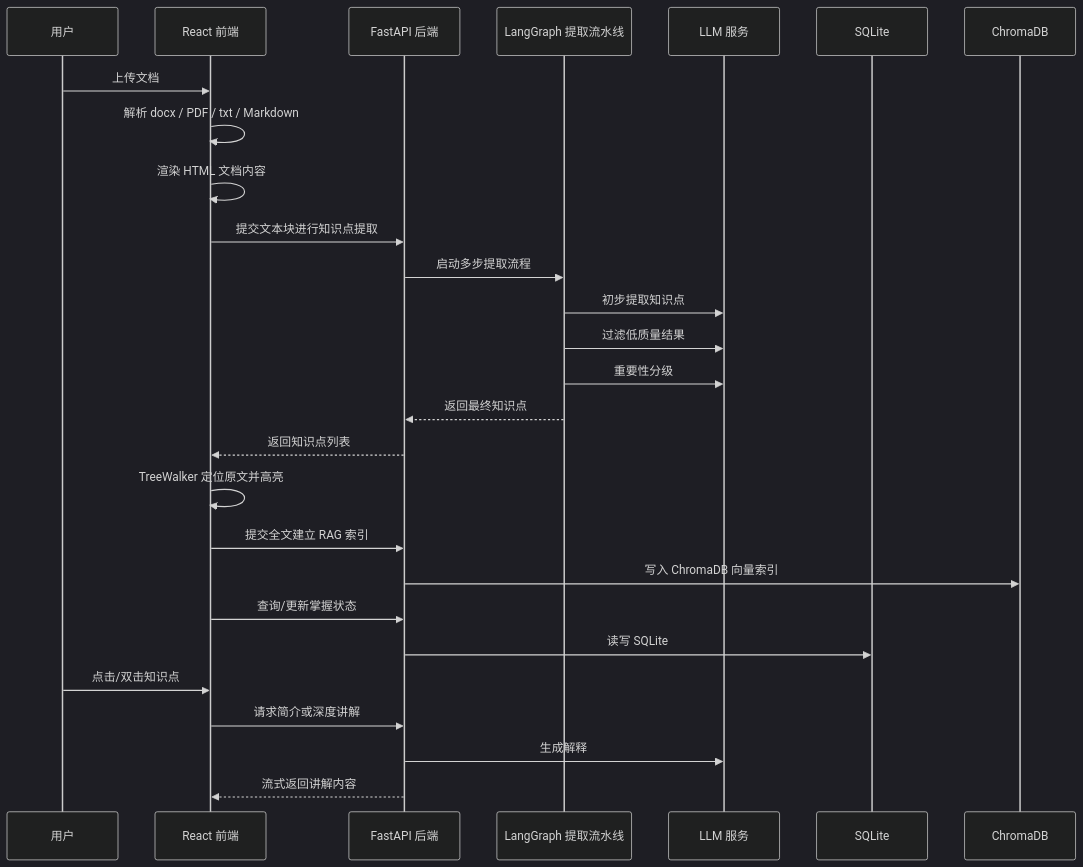
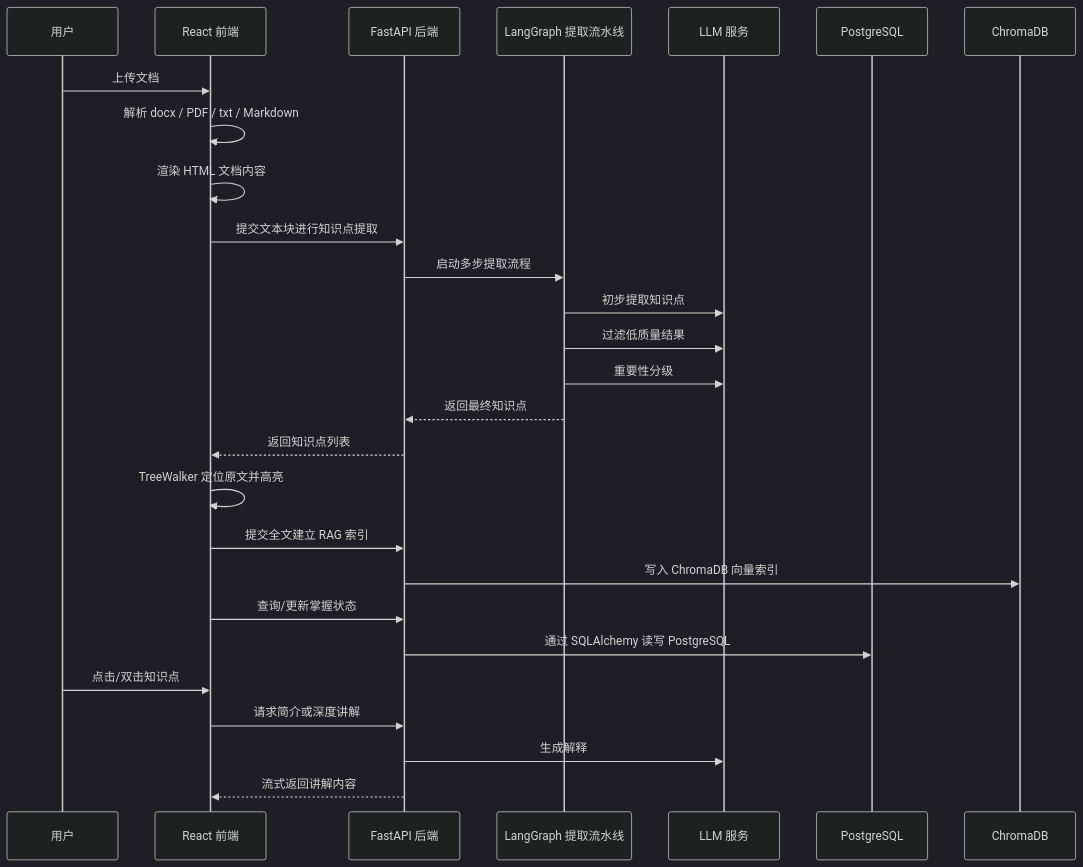
Before and after one commit to 54dongdaozhu/pagemind: the second of 2 diagrams in README.md, drawn with Mermaid (dark theme). The commit also changed other lines of this file and 14 other files, not shown here.

Commit message:
迁移持久化存储到 PostgreSQL

````diff
--- a/README.md
+++ b/README.md
@@ -86,35 +86,35 @@
 ```mermaid
 sequenceDiagram
     participant U as 用户
     participant FE as React 前端
     participant BE as FastAPI 后端
     participant LG as LangGraph 提取流水线
     participant LLM as LLM 服务
-    participant DB as SQLite
+    participant DB as PostgreSQL
     participant VS as ChromaDB
 
     U->>FE: 上传文档
     FE->>FE: 解析 docx / PDF / txt / Markdown
     FE->>FE: 渲染 HTML 文档内容
 
     FE->>BE: 提交文本块进行知识点提取
     BE->>LG: 启动多步提取流程
     LG->>LLM: 初步提取知识点
     LG->>LLM: 过滤低质量结果
     LG->>LLM: 重要性分级
     LG-->>BE: 返回最终知识点
     BE-->>FE: 返回知识点列表
 
     FE->>FE: TreeWalker 定位原文并高亮
 
     FE->>BE: 提交全文建立 RAG 索引
     BE->>VS: 写入 ChromaDB 向量索引
 
     FE->>BE: 查询/更新掌握状态
-    BE->>DB: 读写 SQLite
+    BE->>DB: 通过 SQLAlchemy 读写 PostgreSQL
 
     U->>FE: 点击/双击知识点
     FE->>BE: 请求简介或深度讲解
     BE->>LLM: 生成解释
     BE-->>FE: 流式返回讲解内容
 ```
````
